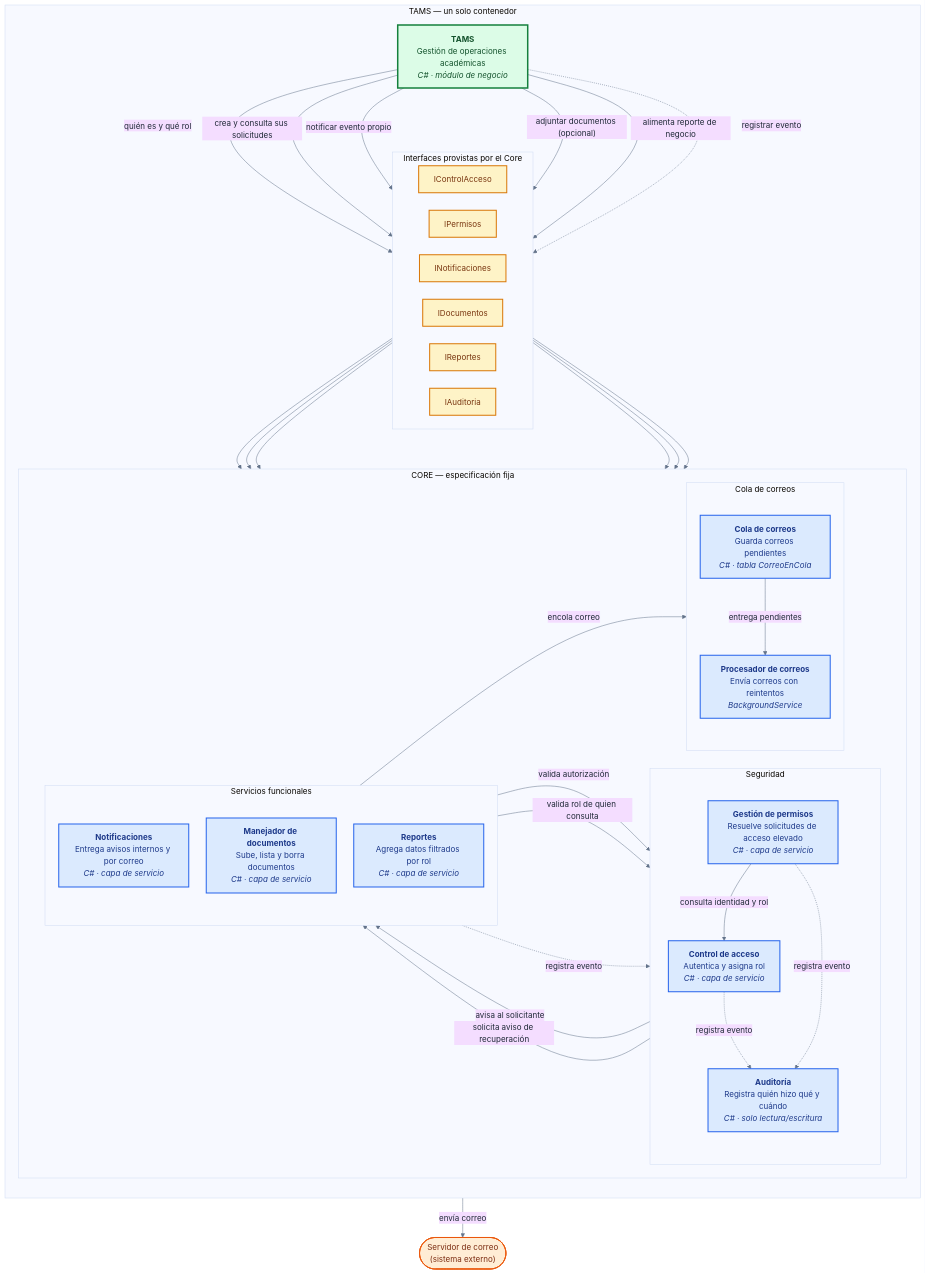
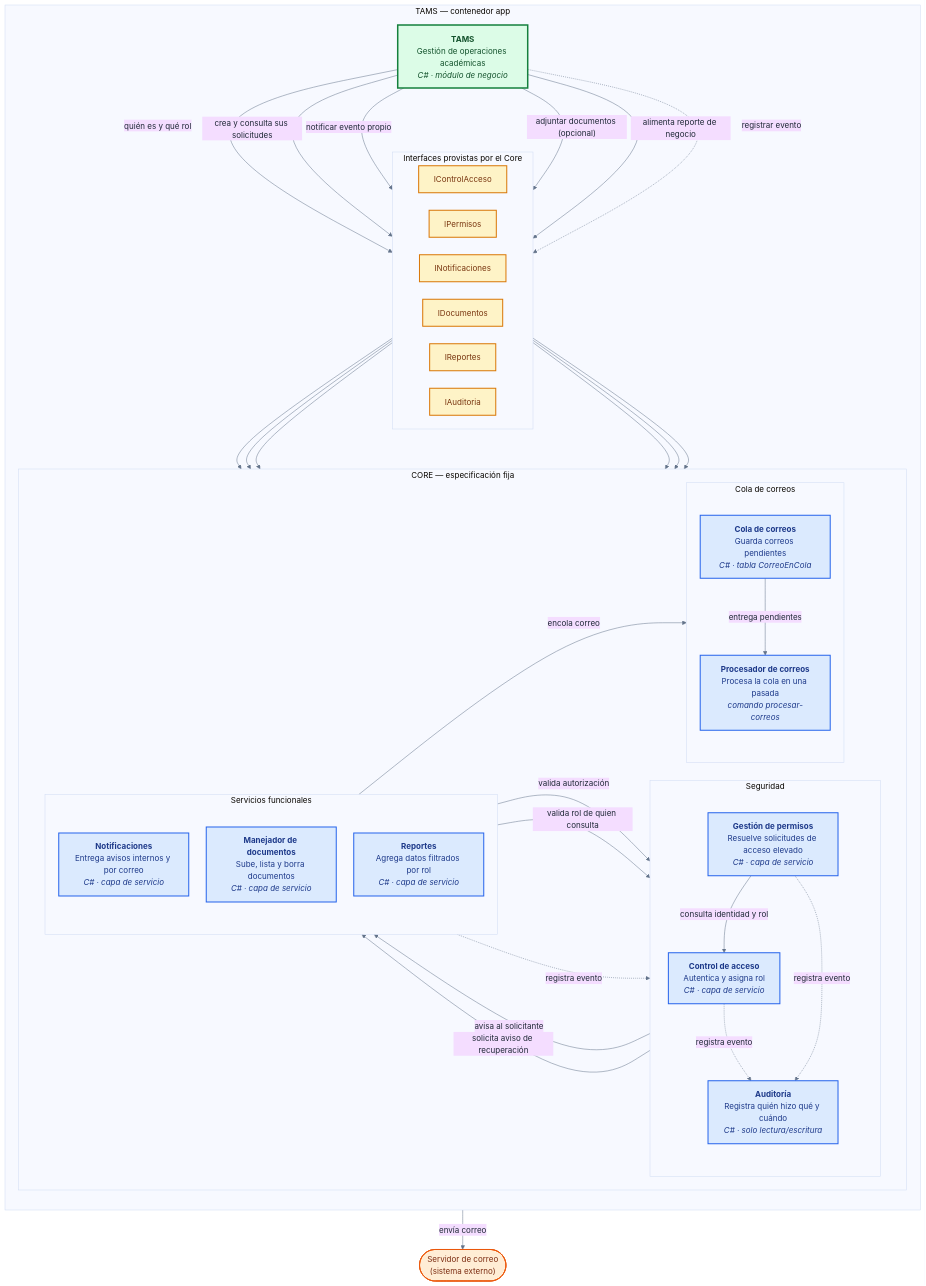
The diagram in README.md (soleyniesandovals-rgb/TAMS), drawn with Mermaid before and after one commit. The commit also changed other lines of this file, not shown here.

Commit message:
docs(P4): reescribe README con inicio Docker y guía de verificación

```diff
--- a/README.md
+++ b/README.md
@@ -535,7 +23,7 @@
 
 flowchart TB
 
-    subgraph APP["TAMS — un solo contenedor"]
+    subgraph APP["TAMS — contenedor app"]
         direction TB
 
         TAMSAPP["<b>TAMS</b><br/>Gestión de operaciones académicas<br/><i>C# · módulo de negocio</i>"]
@@ -570,7 +58,7 @@
             subgraph CORREO["Cola de correos"]
                 direction TB
                 COLA["<b>Cola de correos</b><br/>Guarda correos pendientes<br/><i>C# · tabla CorreoEnCola</i>"]
-                PROC["<b>Procesador de correos</b><br/>Envía correos con reintentos<br/><i>BackgroundService</i>"]
+                PROC["<b>Procesador de correos</b><br/>Procesa la cola en una pasada<br/><i>comando procesar-correos</i>"]
             end
         end
     end
```
